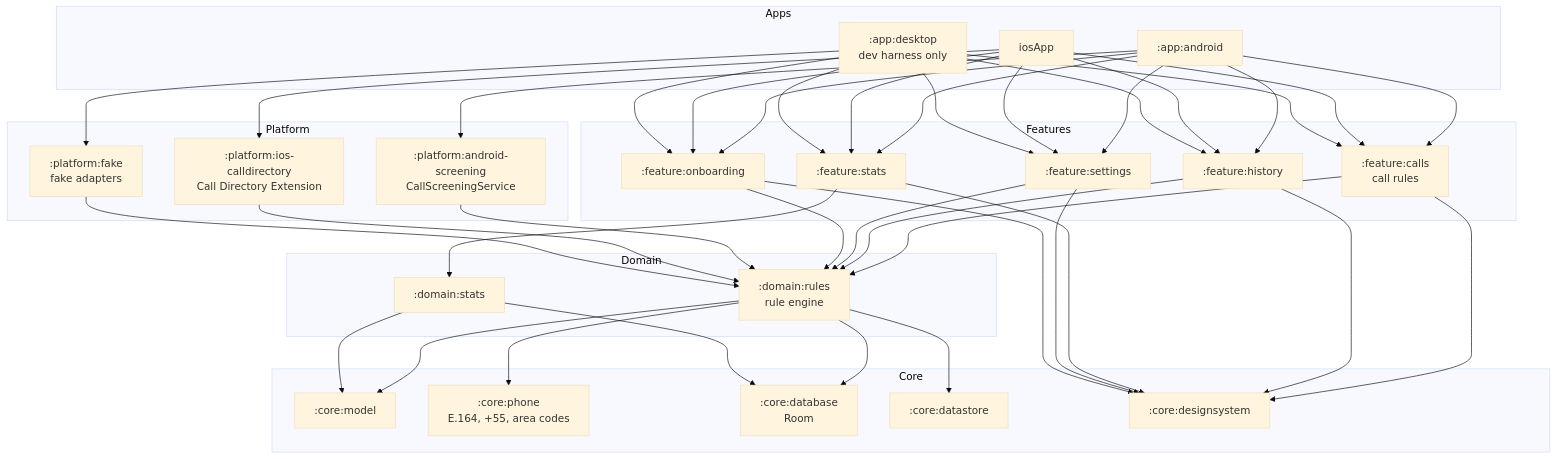
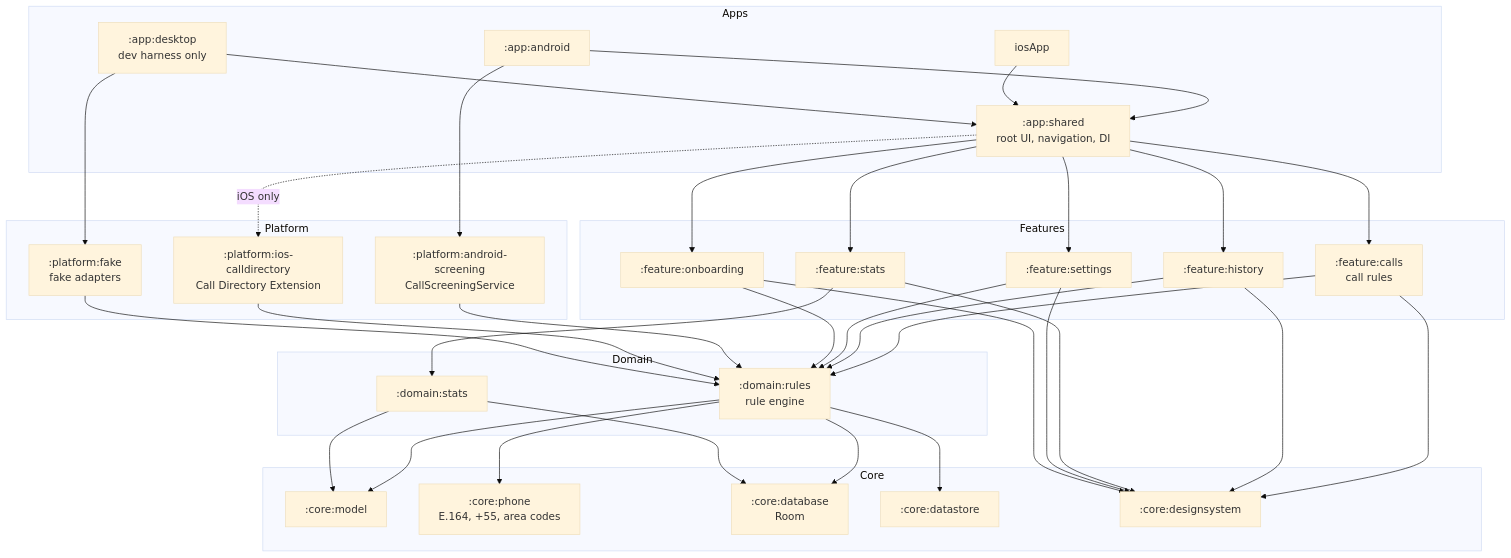
One commit to JaguarSurf/knobly changed the first of 2 diagrams in docs/architecture.md. Above: the diagram before and after it, drawn with Mermaid (base theme). The commit also changed other lines of this file and 102 other files, not shown here.

````diff
--- a/docs/architecture.md
+++ b/docs/architecture.md
@@ -14,53 +14,53 @@
 ```mermaid
 flowchart TD
     subgraph Apps
         AA[":app:android"]
         IA["iosApp"]
         AD[":app:desktop<br/>dev harness only"]
+        AS[":app:shared<br/>root UI, navigation, DI"]
     end
 
     subgraph Features
         FC[":feature:calls<br/>call rules"]
         FH[":feature:history"]
         FS[":feature:stats"]
         FSet[":feature:settings"]
         FO[":feature:onboarding"]
     end
 
     subgraph Domain
         DR[":domain:rules<br/>rule engine"]
         DS[":domain:stats"]
     end
 
     subgraph Core
         CM[":core:model"]
         CP[":core:phone<br/>E.164, +55, area codes"]
         CD[":core:database<br/>Room"]
         CDS[":core:datastore"]
         CDes[":core:designsystem"]
     end
 
     subgraph Platform
         PA[":platform:android-screening<br/>CallScreeningService"]
         PI[":platform:ios-calldirectory<br/>Call Directory Extension"]
         PF[":platform:fake<br/>fake adapters"]
     end
 
-    AA --> FC & FH & FS & FSet & FO
-    IA --> FC & FH & FS & FSet & FO
+    AA & IA & AD --> AS
+    AS --> FC & FH & FS & FSet & FO
     AA --> PA
-    IA --> PI
-    AD --> FC & FH & FS & FSet & FO
+    AS -. iOS only .-> PI
     AD --> PF
 
     FC & FH & FSet & FO --> DR
     FS --> DS
     FC & FH & FS & FSet & FO --> CDes
 
     PA --> DR
     PI --> DR
 
     DR --> CM & CP & CD & CDS
     DS --> CM & CD
     PF --> DR
 ```
````
